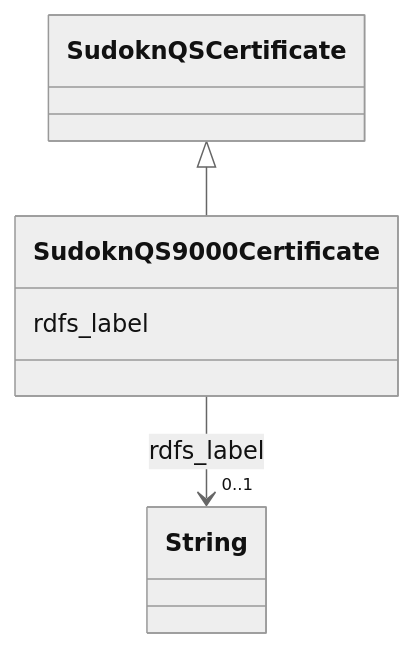
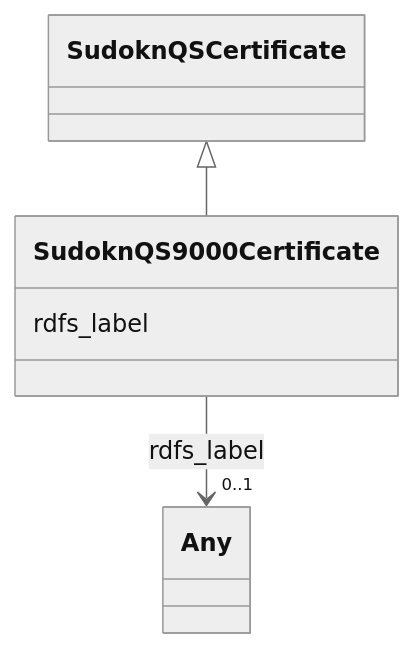
One commit to frink-okn/graph-descriptions changed the diagram in sudokn-kg/classes/SudoknQS9000Certificate.md. Above: the diagram before and after it, drawn with Mermaid (neutral theme). The commit also changed other lines of this file and 903 other files, not shown here.

````diff
--- a/sudokn-kg/classes/SudoknQS9000Certificate.md
+++ b/sudokn-kg/classes/SudoknQS9000Certificate.md
@@ -23,18 +18,18 @@
 ```mermaid
  classDiagram
     class SudoknQS9000Certificate
     click SudoknQS9000Certificate href "../SudoknQS9000Certificate"
       SudoknQSCertificate <|-- SudoknQS9000Certificate
         click SudoknQSCertificate href "../SudoknQSCertificate"
       
       SudoknQS9000Certificate : rdfs_label
         
           
     
     
-    SudoknQS9000Certificate --> "0..1" String : rdfs_label
-    click String href "../String"
+    SudoknQS9000Certificate --> "0..1" Any : rdfs_label
+    click Any href "../Any"
 
         
       
 ```
````
